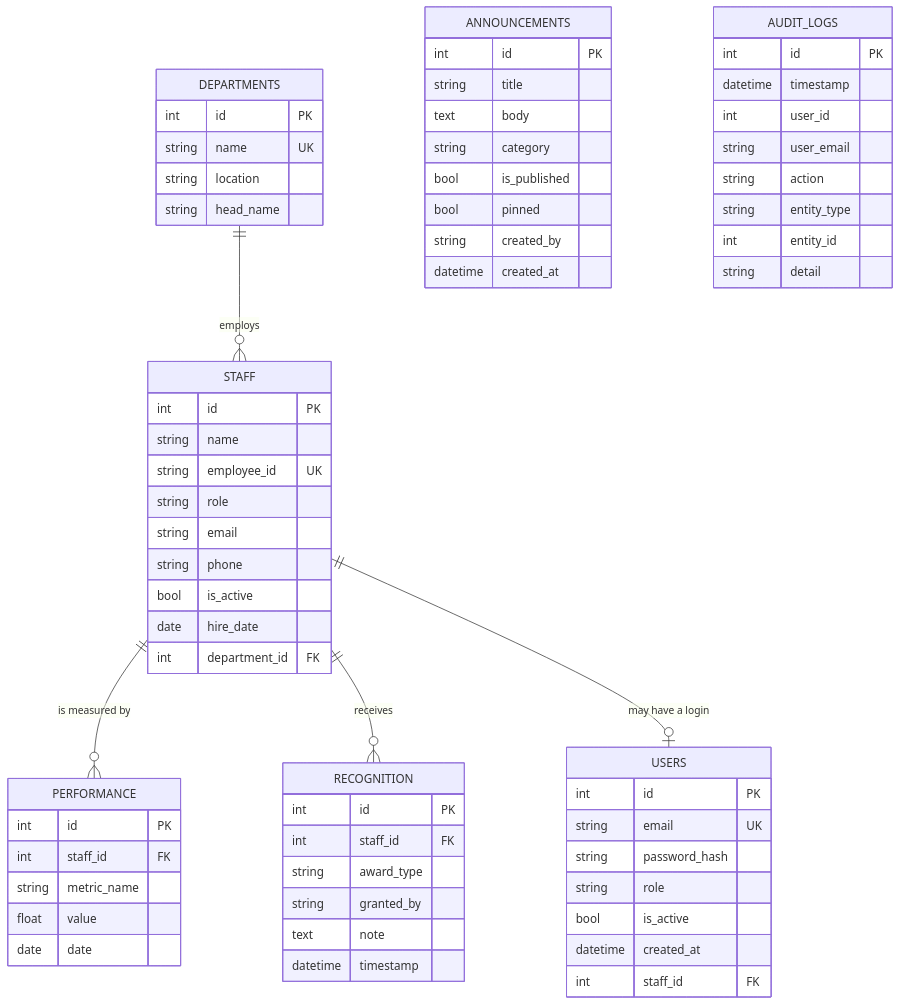
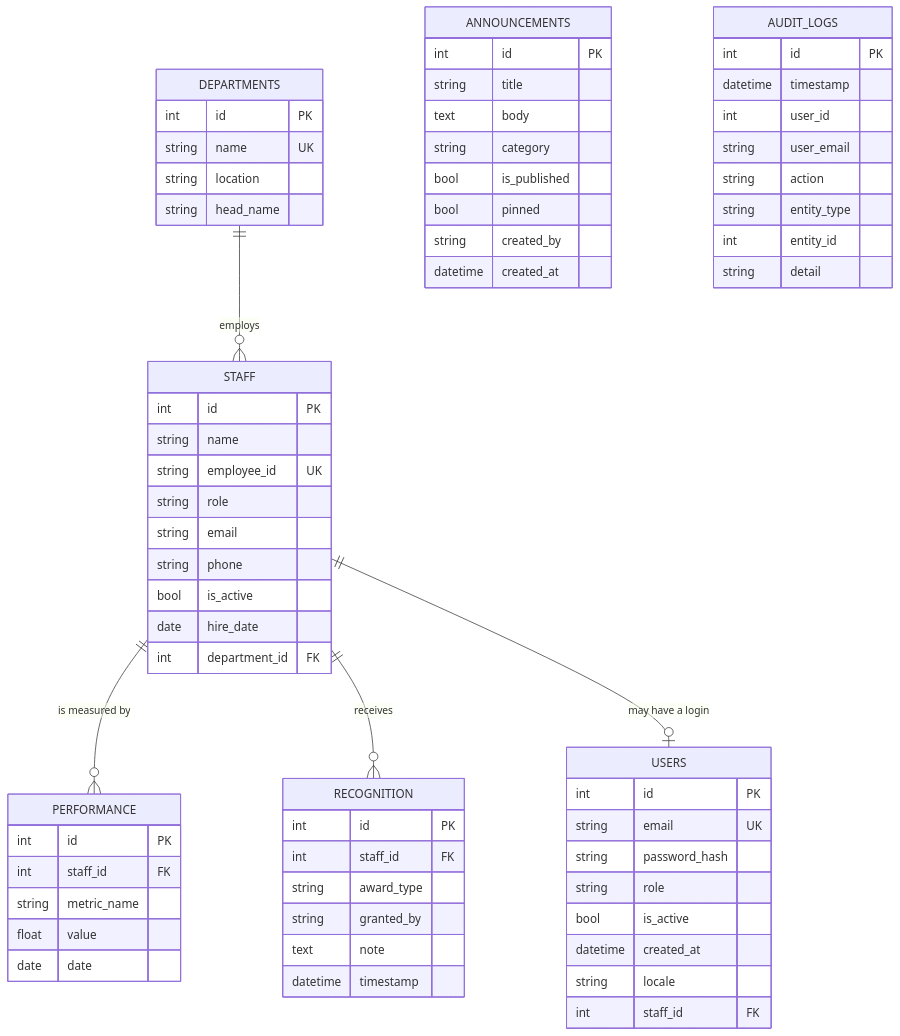
One commit to totti0770-beep/Excutive-Nursing-Adminstration-platform-JSH- changed the diagram in docs/22_ER_Diagram.md. Above: the diagram before and after it, drawn with Mermaid. The commit also changed 47 other files, not shown here.

````diff
--- a/docs/22_ER_Diagram.md
+++ b/docs/22_ER_Diagram.md
@@ -45,69 +45,70 @@
 ```mermaid
 erDiagram
     DEPARTMENTS {
         int id PK
         string name UK
         string location
         string head_name
     }
     STAFF {
         int id PK
         string name
         string employee_id UK
         string role
         string email
         string phone
         bool is_active
         date hire_date
         int department_id FK
     }
     USERS {
         int id PK
         string email UK
         string password_hash
         string role
         bool is_active
         datetime created_at
+        string locale
         int staff_id FK
     }
     PERFORMANCE {
         int id PK
         int staff_id FK
         string metric_name
         float value
         date date
     }
     RECOGNITION {
         int id PK
         int staff_id FK
         string award_type
         string granted_by
         text note
         datetime timestamp
     }
     ANNOUNCEMENTS {
         int id PK
         string title
         text body
         string category
         bool is_published
         bool pinned
         string created_by
         datetime created_at
     }
     AUDIT_LOGS {
         int id PK
         datetime timestamp
         int user_id
         string user_email
         string action
         string entity_type
         int entity_id
         string detail
     }
 
     DEPARTMENTS ||--o{ STAFF : "employs"
     STAFF ||--o{ PERFORMANCE : "is measured by"
     STAFF ||--o{ RECOGNITION : "receives"
     STAFF ||--o| USERS : "may have a login"
 ```
````
